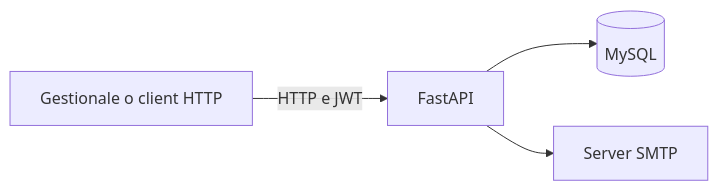
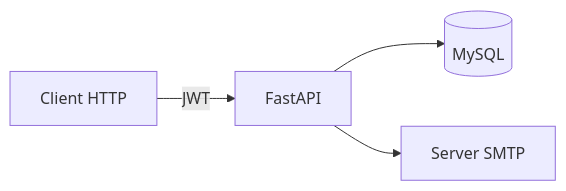
The diagram in projects/maintenance-api.md (MatteBianca/MatteBianca), drawn with Mermaid before and after one commit. The commit also changed other lines of this file and 3 other files, not shown here.

````diff
--- a/projects/maintenance-api.md
+++ b/projects/maintenance-api.md
@@ -24,6 +25,6 @@
 ```mermaid
 flowchart LR
-    Client[Gestionale o client HTTP] -->|HTTP e JWT| API[FastAPI]
+    Client[Client HTTP] -->|JWT| API[FastAPI]
     API --> DB[(MySQL)]
     API --> SMTP[Server SMTP]
 ```
````
